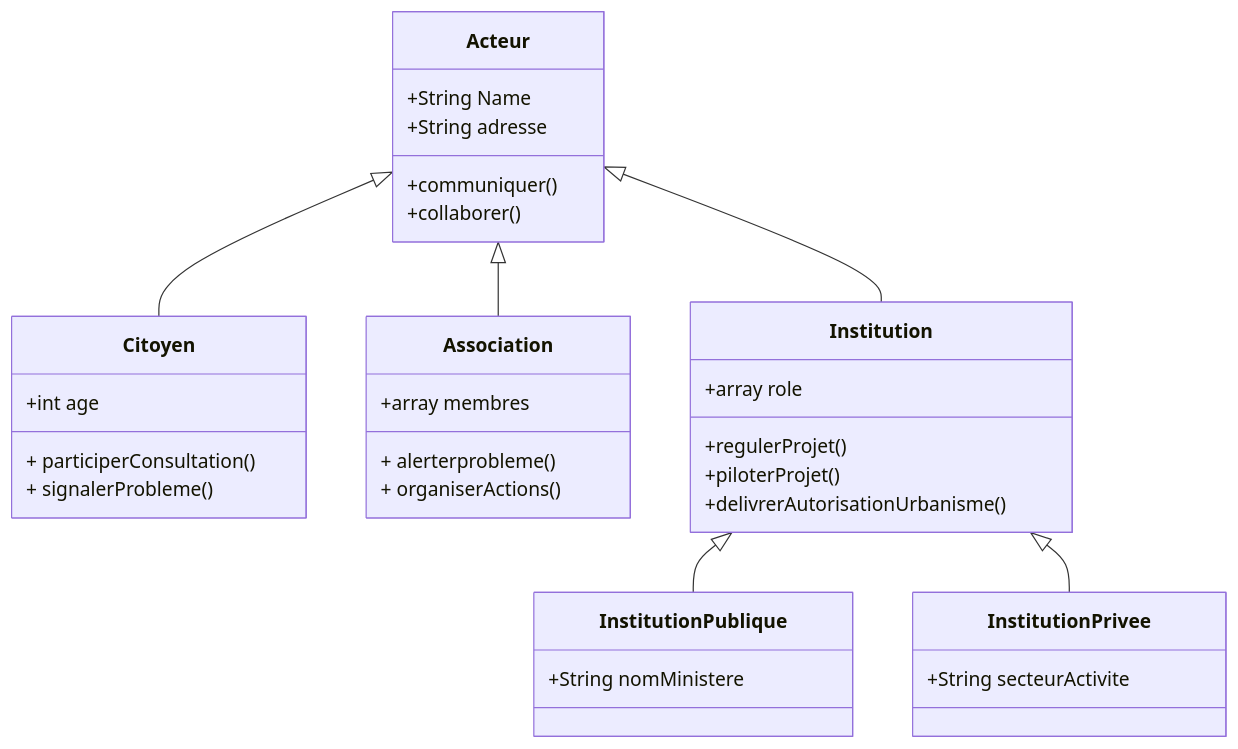
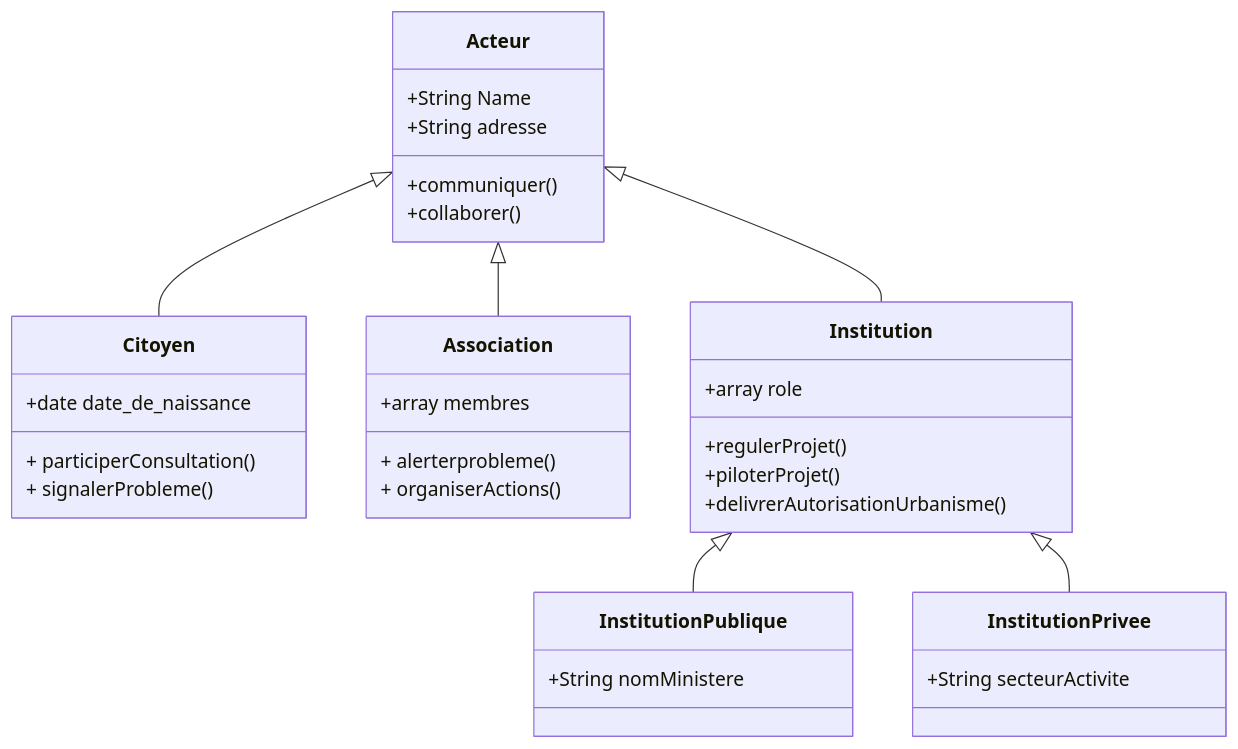
The diagram in acteursDoudousml.md (kahiarchi/plaine---saint--Denis---batiment-), drawn with Mermaid before and after one commit.

````diff
--- a/acteursDoudousml.md
+++ b/acteursDoudousml.md
@@ -1,36 +1,36 @@
 ```mermaid
 classDiagram
     Acteur <|-- Citoyen
     Acteur <|-- Association
     Acteur <|-- Institution
     Institution <|-- InstitutionPublique
     Institution <|-- InstitutionPrivee
     Acteur : +String Name
     Acteur : +String adresse
     Acteur: +communiquer()
     Acteur: +collaborer()
     class Citoyen{
-      +int age
+      +date date_de_naissance 
       + participerConsultation()
       + signalerProbleme()
     }
 class Institution {
         +array role
         +regulerProjet()
         +piloterProjet()
         +delivrerAutorisationUrbanisme()
     }
     class Association{
 
     +array membres 
     + alerterprobleme()
     + organiserActions()
     }
      class InstitutionPublique {
       +String nomMinistere 
     }
 
     class InstitutionPrivee {
       +String secteurActivite 
     }
 ```
````
